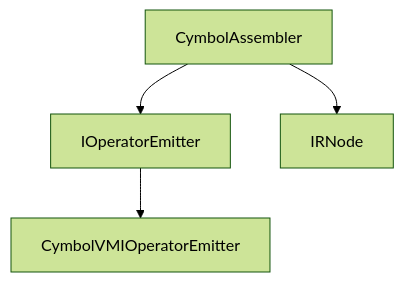
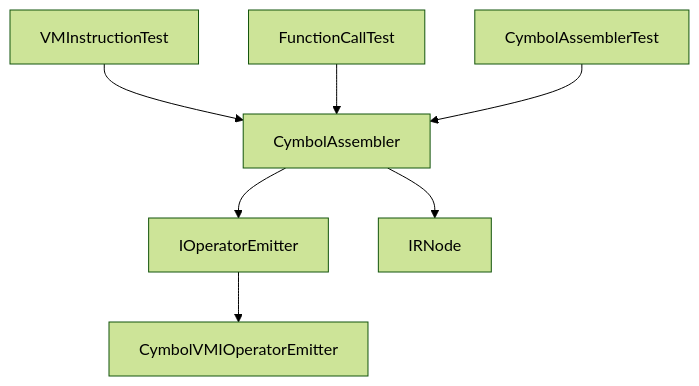
The sixth of 13 diagrams in ep20/docs/module-interaction.md (whtoo/How_to_implment_PL_in_Antlr4), drawn with Mermaid (forest theme) before and after one commit. The commit also changed other lines of this file and 11 other files, not shown here.

First line of the commit message:
docs(README): 更新项目文档和架构图

````diff
--- a/ep20/docs/module-interaction.md
+++ b/ep20/docs/module-interaction.md
@@ -111,6 +155,10 @@
 ```mermaid
 graph TD
     A[CymbolAssembler] --> B[IOperatorEmitter]
     B --> C[CymbolVMIOperatorEmitter]
     A --> D[IRNode]
+    
+    E[VMInstructionTest] --> A
+    F[FunctionCallTest] --> A
+    G[CymbolAssemblerTest] --> A
 ```
````
